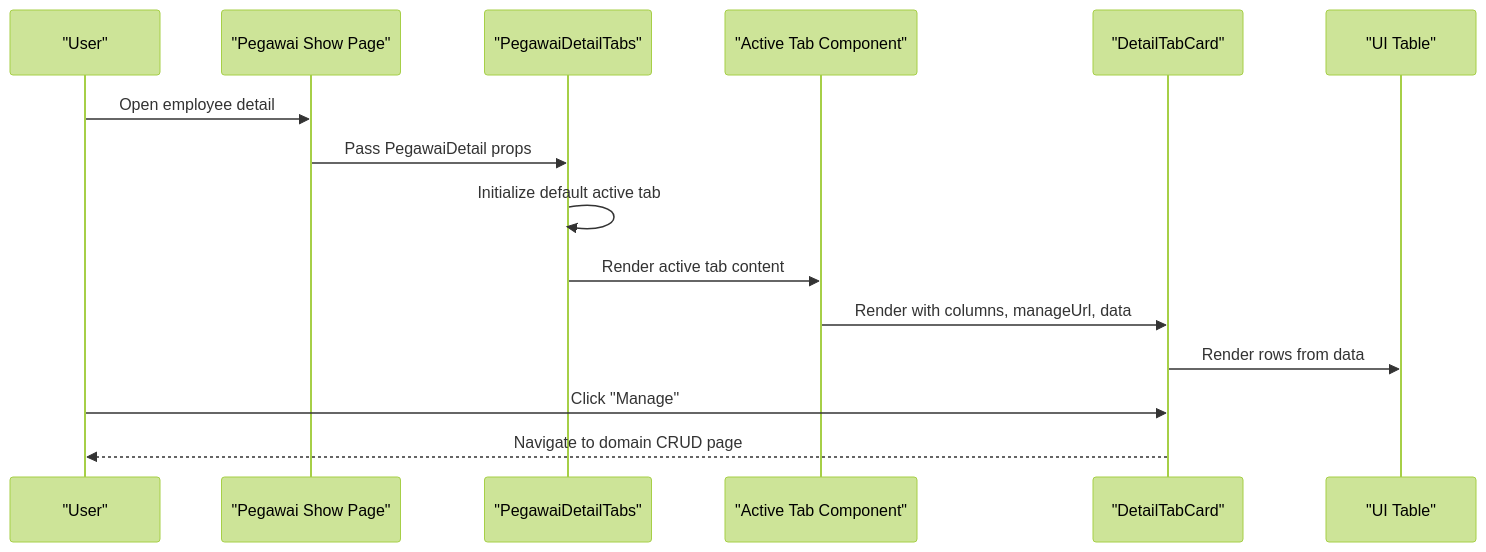
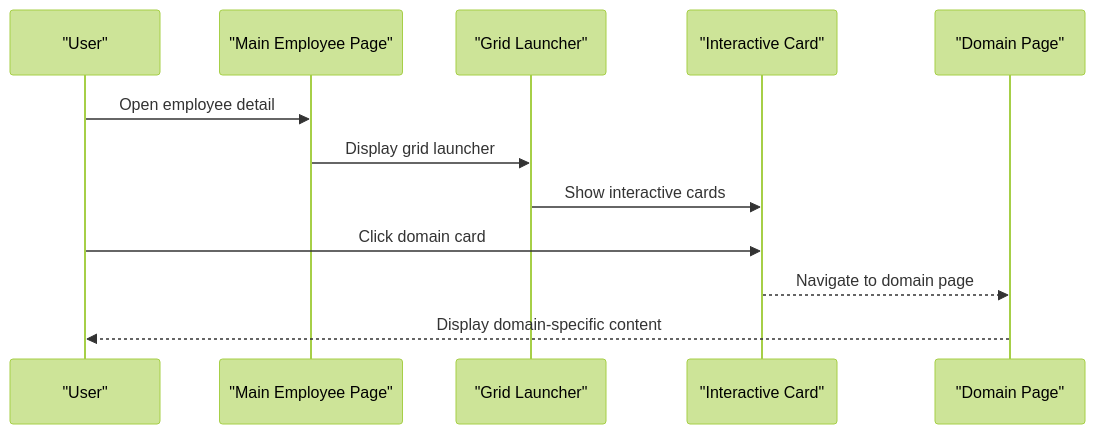
The second of 2 diagrams in .qoder/repowiki/en/content/Frontend Architecture/React Component System/Employee Tabs System.md (PA-Penajam/kepegawaian_apps), drawn with Mermaid (forest theme) before and after one commit. The commit also changed other lines of this file and 13 other files, not shown here.

````diff
--- a/.qoder/repowiki/en/content/Frontend Architecture/React Component System/Employee Tabs System.md
+++ b/.qoder/repowiki/en/content/Frontend Architecture/React Component System/Employee Tabs System.md
@@ -90,17 +87,14 @@
 ```mermaid
 sequenceDiagram
 participant User as "User"
-participant Show as "Pegawai Show Page"
-participant Tabs as "PegawaiDetailTabs"
-participant Tab as "Active Tab Component"
-participant Card as "DetailTabCard"
-participant Table as "UI Table"
-User->>Show : Open employee detail
-Show->>Tabs : Pass PegawaiDetail props
-Tabs->>Tabs : Initialize default active tab
-Tabs->>Tab : Render active tab content
-Tab->>Card : Render with columns, manageUrl, data
-Card->>Table : Render rows from data
-User->>Card : Click "Manage"
-Card-->>User : Navigate to domain CRUD page
+participant Main as "Main Employee Page"
+participant Grid as "Grid Launcher"
+participant Card as "Interactive Card"
+participant Domain as "Domain Page"
+User->>Main : Open employee detail
+Main->>Grid : Display grid launcher
+Grid->>Card : Show interactive cards
+User->>Card : Click domain card
+Card-->>Domain : Navigate to domain page
+Domain-->>User : Display domain-specific content
 ```
````
